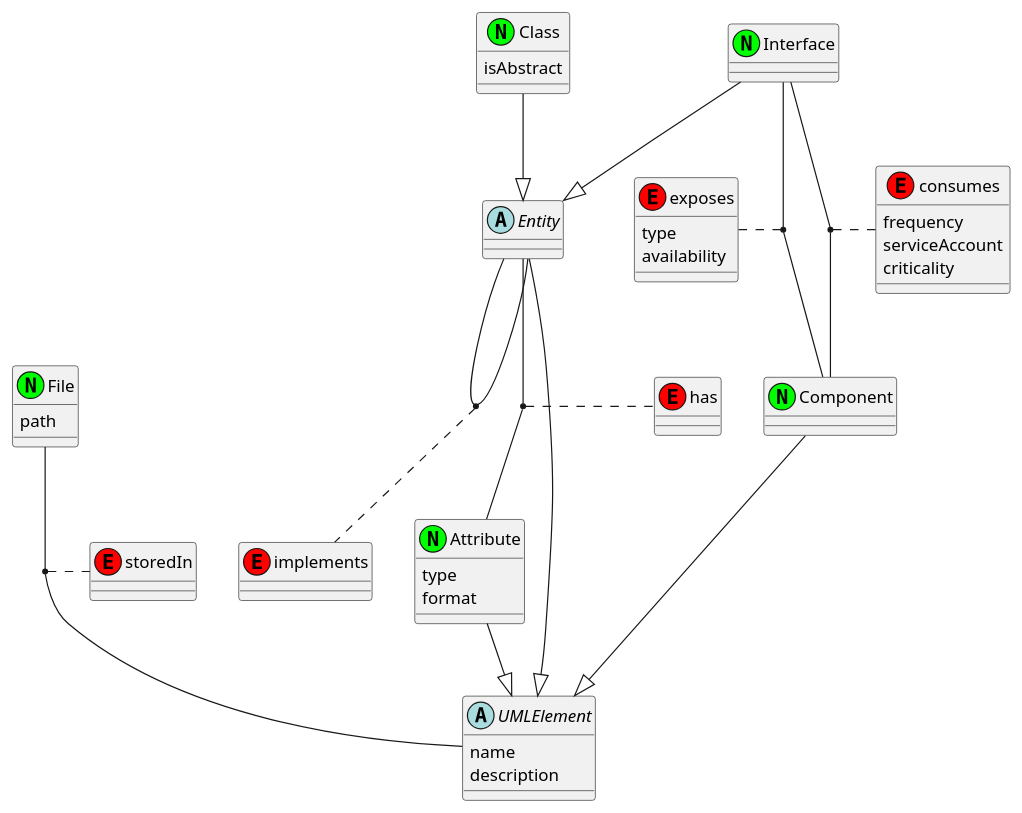
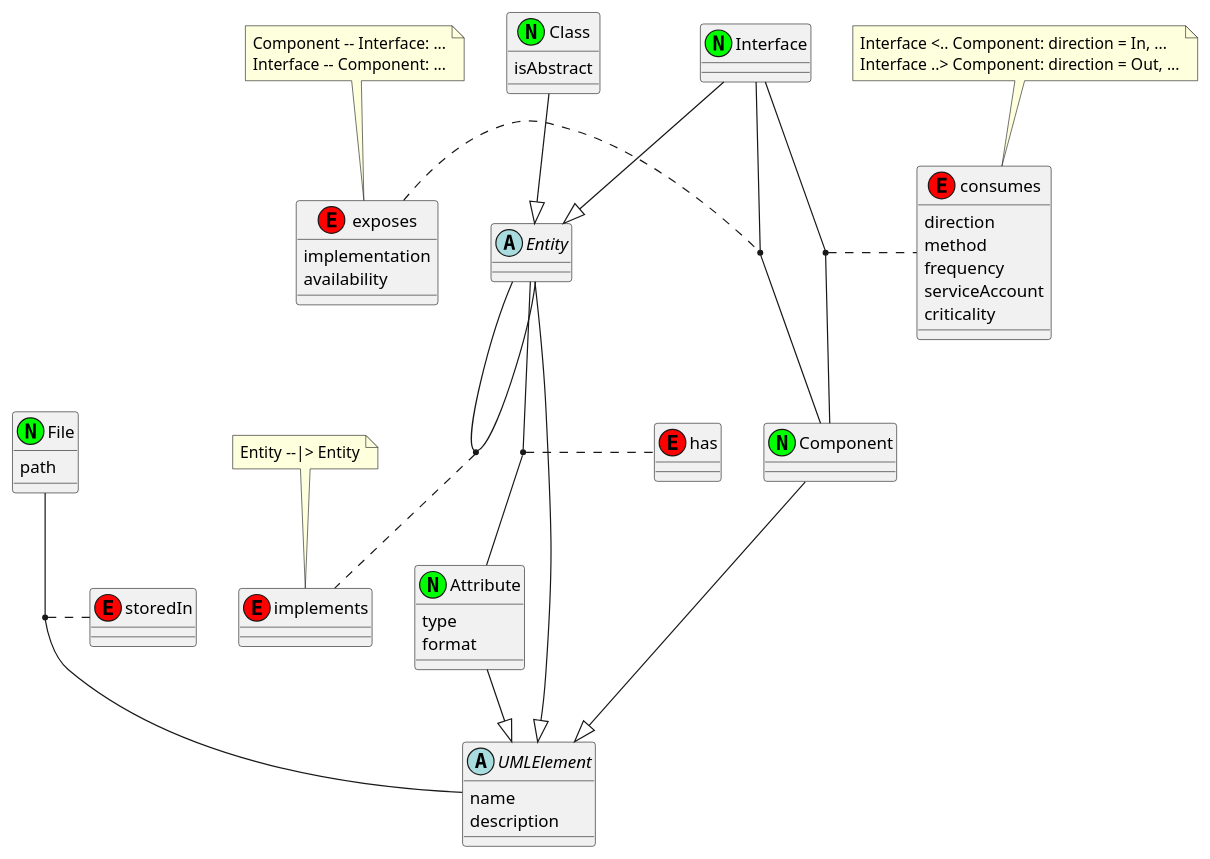
Before and after one commit to Enteee/plantuml-parser: the diagram in src/formatters/README.md, drawn with PlantUML.

Commit message:
Add notes for Relationships

````diff
--- a/src/formatters/README.md
+++ b/src/formatters/README.md
@@ -5,61 +5,75 @@
 ```plantuml
 @startuml
 class has << (E,#FF0000) >> {
 }
 class storedIn << (E,#FF0000) >> {
 }
 class implements << (E,#FF0000) >> {
 }
+note top
+  Entity --|> Entity
+end note
 class exposes << (E,#FF0000) >> {
-  type
+  implementation
   availability
 }
+note top
+  Component -- Interface: ...
+  Interface -- Component: ...
+end note
+
 class consumes << (E,#FF0000) >> {
+  direction
+  method
   frequency
   serviceAccount
   criticality
 }
+note top 
+  Interface <.. Component: direction = In, ...
+  Interface ..> Component: direction = Out, ...
+end note
 
 abstract class UMLElement {
   name
   description
 }
 
 abstract class Entity {
 }
 Entity --|> UMLElement
 Entity -- Entity
 (Entity, Entity) .. implements
 Entity -- Attribute
 (Entity, Attribute) .. has
 
 class Class << (N,#00FF00) >> {
   isAbstract
 }
 Class --|> Entity
 
 class Interface << (N,#00FF00) >> {
 }
 Interface --|> Entity
 Interface -- Component
 (Interface, Component) .. exposes
 Interface -- Component
 (Interface, Component) .. consumes
 
 class Attribute << (N,#00FF00) >> {
   type
   format
 }
 Attribute --|> UMLElement
 
 class File << (N,#00FF00) >> {
   path
 }
 File -- UMLElement
 (File, UMLElement) .. storedIn
 
 class Component << (N,#00FF00) >> {
 }
 Component --|> UMLElement
 @enduml
 ```
````
